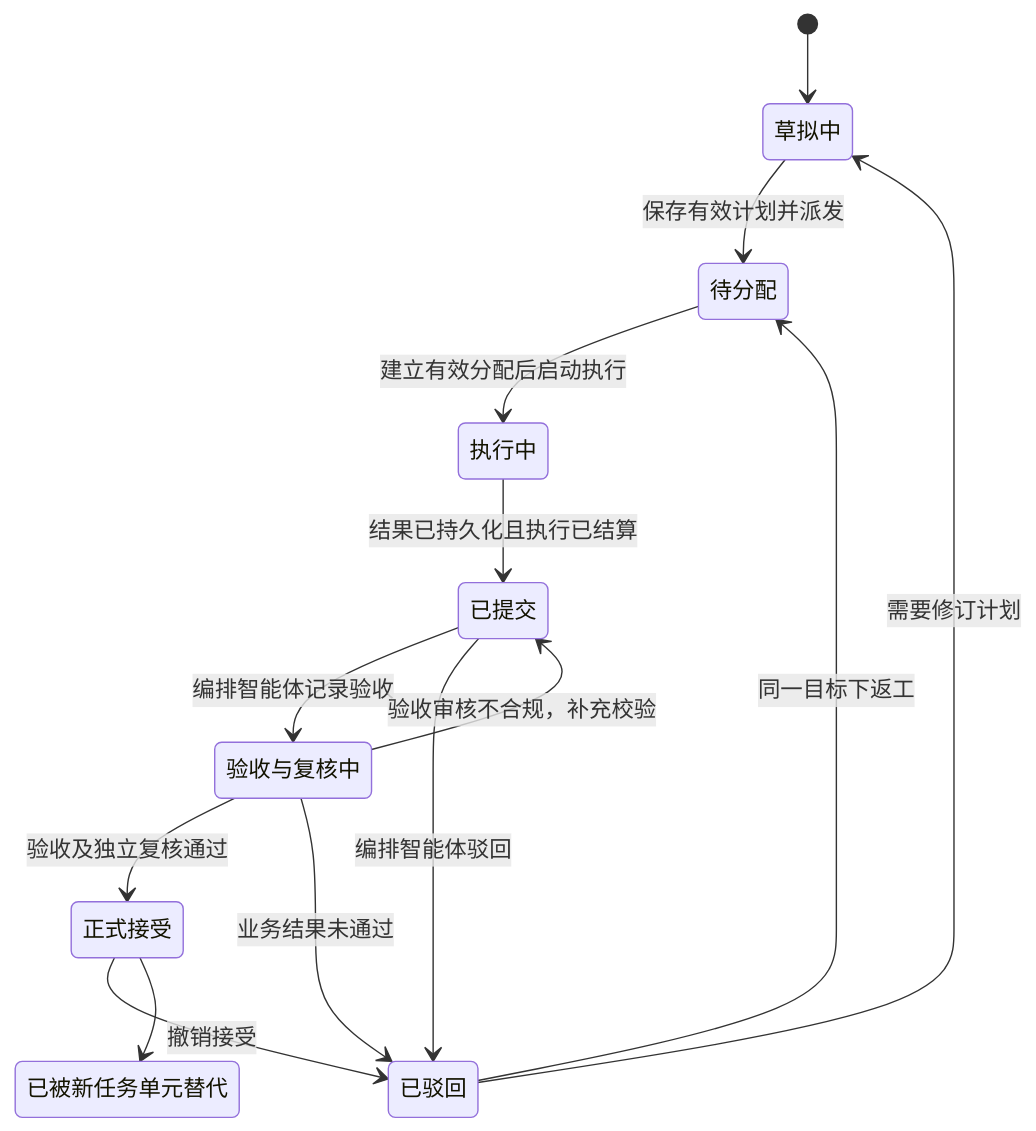
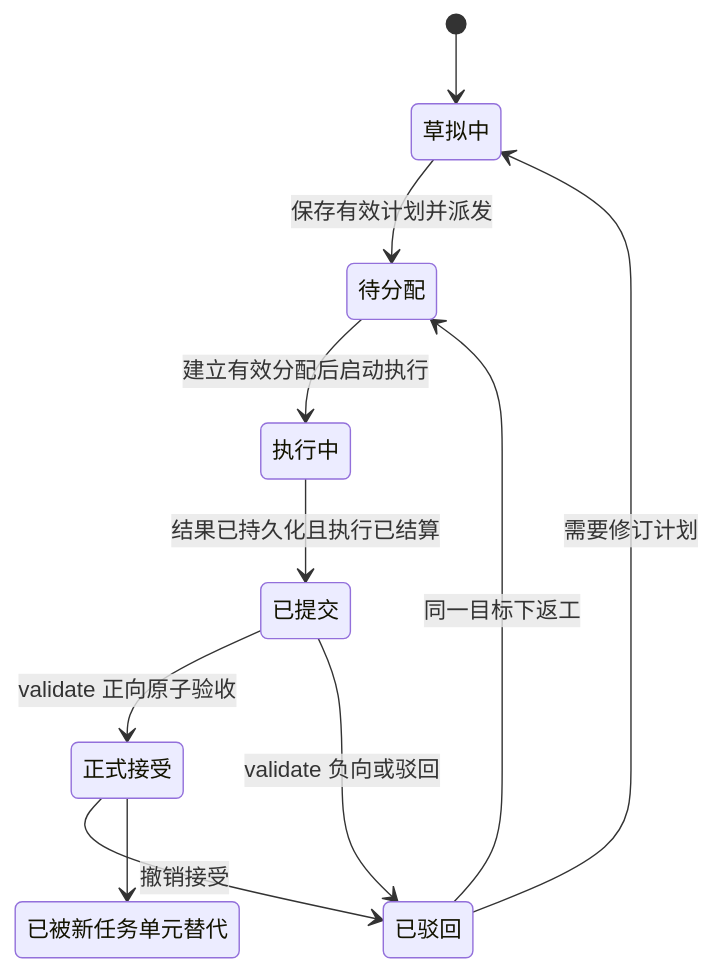
Before and after one commit to Luohaothu/dsh-flow: the second of 2 diagrams in docs/design/dispatch.md, drawn with Mermaid. The commit also changed other lines of this file and 160 other files, not shown here.

````diff
--- a/docs/design/dispatch.md
+++ b/docs/design/dispatch.md
@@ -126,24 +112,20 @@
 ```mermaid
 stateDiagram-v2
     state "草拟中" as DRAFT
     state "待分配" as READY
     state "执行中" as RUNNING
     state "已提交" as SUBMITTED
-    state "验收与复核中" as VALIDATING
     state "正式接受" as ACCEPTED
     state "已驳回" as REJECTED
     state "已被新任务单元替代" as SUPERSEDED
     [*] --> DRAFT
     DRAFT --> READY: 保存有效计划并派发
     READY --> RUNNING: 建立有效分配后启动执行
     RUNNING --> SUBMITTED: 结果已持久化且执行已结算
-    SUBMITTED --> VALIDATING: 编排智能体记录验收
-    SUBMITTED --> REJECTED: 编排智能体驳回
-    VALIDATING --> ACCEPTED: 验收及独立复核通过
-    VALIDATING --> SUBMITTED: 验收审核不合规，补充校验
-    VALIDATING --> REJECTED: 业务结果未通过
+    SUBMITTED --> ACCEPTED: validate 正向原子验收
+    SUBMITTED --> REJECTED: validate 负向或驳回
     REJECTED --> READY: 同一目标下返工
     REJECTED --> DRAFT: 需要修订计划
     ACCEPTED --> REJECTED: 撤销接受
     ACCEPTED --> SUPERSEDED
 ```
````
